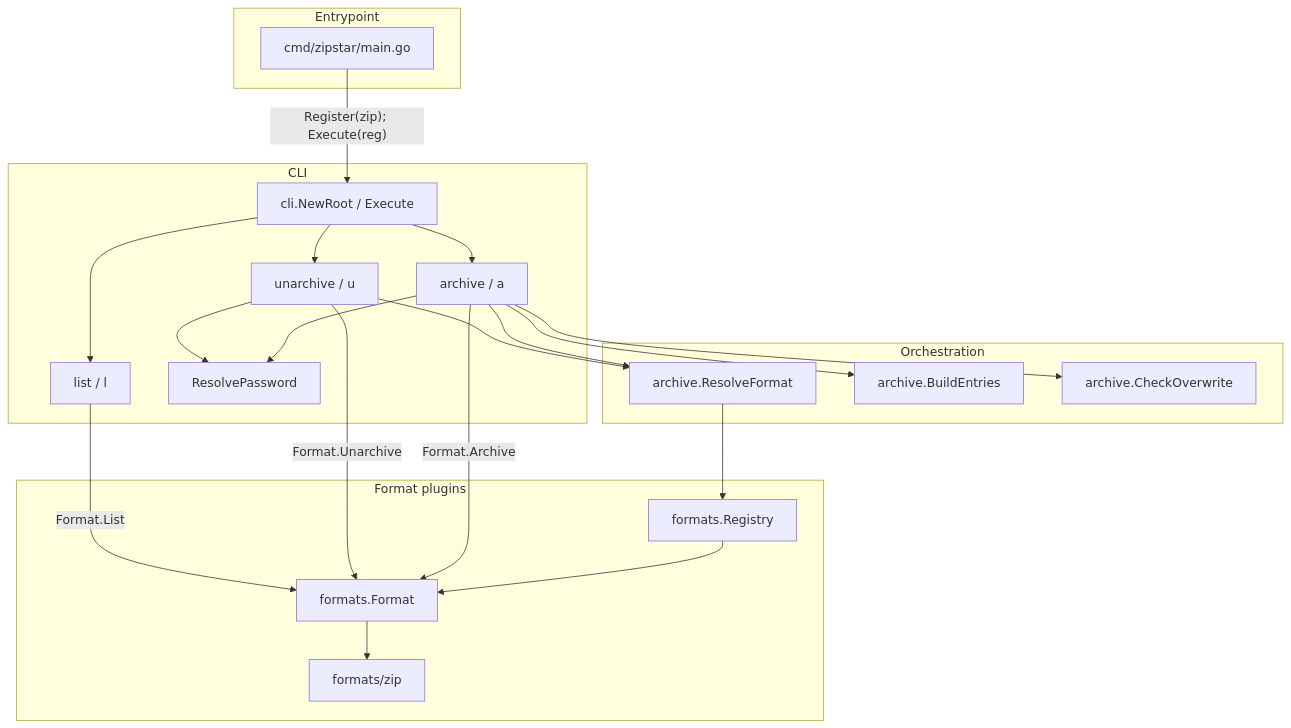
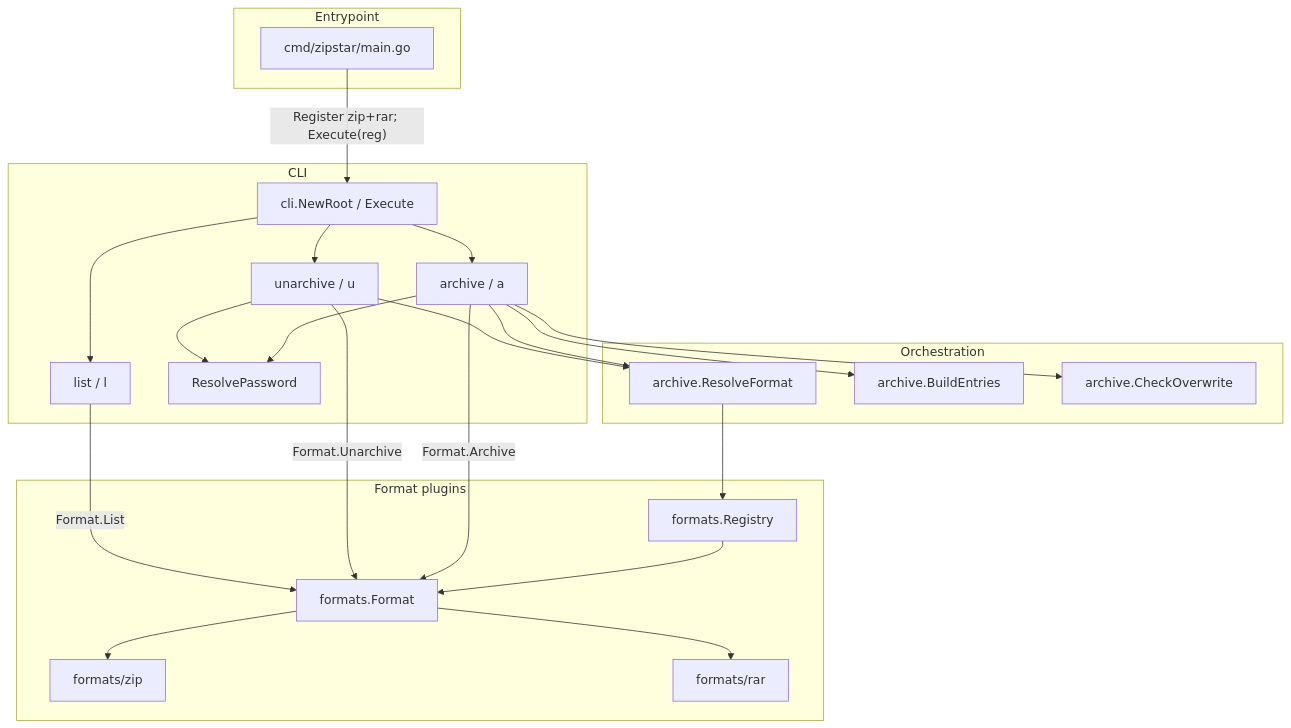
Before and after one commit to fr13dman/zipstar: the diagram in docs/IMPLEMENTATION_SPEC.md, drawn with Mermaid. The commit also changed other lines of this file and 57 other files, not shown here.

````diff
--- a/docs/IMPLEMENTATION_SPEC.md
+++ b/docs/IMPLEMENTATION_SPEC.md
@@ -7,40 +7,42 @@
 ```mermaid
 flowchart TB
   subgraph entry [Entrypoint]
     main["cmd/zipstar/main.go"]
   end
   subgraph cliLayer [CLI]
     root["cli.NewRoot / Execute"]
     archiveCmd["archive / a"]
     unarchiveCmd["unarchive / u"]
     listCmd["list / l"]
     password["ResolvePassword"]
   end
   subgraph orch [Orchestration]
     resolve["archive.ResolveFormat"]
     entries["archive.BuildEntries"]
     overwrite["archive.CheckOverwrite"]
   end
   subgraph plugins [Format plugins]
     registry["formats.Registry"]
     iface["formats.Format"]
     zipPkg["formats/zip"]
+    rarPkg["formats/rar"]
   end
 
-  main -->|"Register(zip); Execute(reg)"| root
+  main -->|"Register zip+rar; Execute(reg)"| root
   root --> archiveCmd
   root --> unarchiveCmd
   root --> listCmd
   archiveCmd --> password
   archiveCmd --> resolve
   archiveCmd --> entries
   archiveCmd --> overwrite
   unarchiveCmd --> password
   unarchiveCmd --> resolve
   resolve --> registry
   registry --> iface
   iface --> zipPkg
+  iface --> rarPkg
   archiveCmd -->|"Format.Archive"| iface
   unarchiveCmd -->|"Format.Unarchive"| iface
   listCmd -->|"Format.List"| iface
 ```
````
